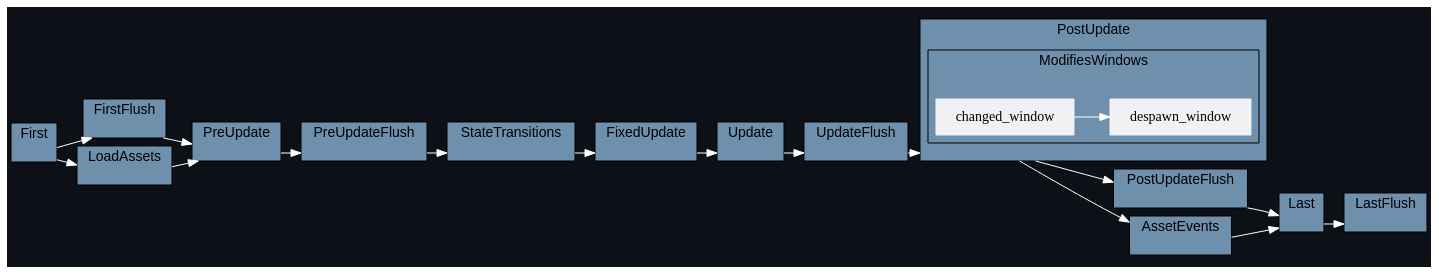
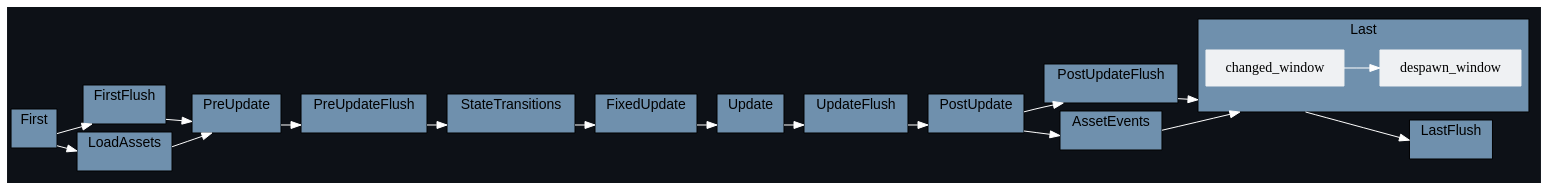
One commit to jakobhellermann/bevy_mod_debugdump changed the diagram in docs/by-crate/dark/schedule_Main_bevy_winit.dot. Above: the diagram before and after it, drawn with Graphviz. The commit also changed 35 other files, not shown here.

```diff
--- a/docs/by-crate/dark/schedule_Main_bevy_winit.dot
+++ b/docs/by-crate/dark/schedule_Main_bevy_winit.dot
@@ -1,117 +1,111 @@
 digraph "schedule" {
 	"compound"="true";
 	"splines"="spline";
 	"rankdir"="LR";
 	"bgcolor"="#0d1117";
 	"fontname"="Helvetica";
 	node ["shape"="box", "style"="filled", "fillcolor"="#eff1f3", "color"="#eff1f3"];
 	edge ["color"="white"];
 	subgraph "clusternode_Set(0)" {
 		"label"="Update";
 		"bgcolor"="#6f90ad";
 		"set_marker_node_Set(0)" ["style"="invis", "label"="", "height"="0", "shape"="point"]
 	}
 	
 	subgraph "clusternode_Set(2)" {
 		"label"="FirstFlush";
 		"bgcolor"="#6f90ad";
 		"set_marker_node_Set(2)" ["style"="invis", "label"="", "height"="0", "shape"="point"]
 	}
 	
 	subgraph "clusternode_Set(3)" {
 		"label"="PreUpdateFlush";
 		"bgcolor"="#6f90ad";
 		"set_marker_node_Set(3)" ["style"="invis", "label"="", "height"="0", "shape"="point"]
 	}
 	
 	subgraph "clusternode_Set(4)" {
 		"label"="UpdateFlush";
 		"bgcolor"="#6f90ad";
 		"set_marker_node_Set(4)" ["style"="invis", "label"="", "height"="0", "shape"="point"]
 	}
 	
 	subgraph "clusternode_Set(5)" {
 		"label"="PostUpdateFlush";
 		"bgcolor"="#6f90ad";
 		"set_marker_node_Set(5)" ["style"="invis", "label"="", "height"="0", "shape"="point"]
 	}
 	
 	subgraph "clusternode_Set(6)" {
 		"label"="LastFlush";
 		"bgcolor"="#6f90ad";
 		"set_marker_node_Set(6)" ["style"="invis", "label"="", "height"="0", "shape"="point"]
 	}
 	
 	subgraph "clusternode_Set(7)" {
 		"label"="First";
 		"bgcolor"="#6f90ad";
 		"set_marker_node_Set(7)" ["style"="invis", "label"="", "height"="0", "shape"="point"]
 	}
 	
 	subgraph "clusternode_Set(8)" {
 		"label"="PreUpdate";
 		"bgcolor"="#6f90ad";
 		"set_marker_node_Set(8)" ["style"="invis", "label"="", "height"="0", "shape"="point"]
 	}
 	
 	subgraph "clusternode_Set(9)" {
 		"label"="StateTransitions";
 		"bgcolor"="#6f90ad";
 		"set_marker_node_Set(9)" ["style"="invis", "label"="", "height"="0", "shape"="point"]
 	}
 	
 	subgraph "clusternode_Set(10)" {
 		"label"="FixedUpdate";
 		"bgcolor"="#6f90ad";
 		"set_marker_node_Set(10)" ["style"="invis", "label"="", "height"="0", "shape"="point"]
 	}
 	
 	subgraph "clusternode_Set(11)" {
 		"label"="PostUpdate";
 		"bgcolor"="#6f90ad";
 		"set_marker_node_Set(11)" ["style"="invis", "label"="", "height"="0", "shape"="point"]
-		subgraph "clusternode_Set(70)" {
-			"label"="ModifiesWindows";
-			"bgcolor"="#6f90ad";
-			"set_marker_node_Set(70)" ["style"="invis", "label"="", "height"="0", "shape"="point"]
-			"node_System(57)" ["label"="changed_window"]
-			"node_System(58)" ["label"="despawn_window"]
-		}
-		
 	}
 	
 	subgraph "clusternode_Set(12)" {
 		"label"="Last";
 		"bgcolor"="#6f90ad";
 		"set_marker_node_Set(12)" ["style"="invis", "label"="", "height"="0", "shape"="point"]
+		"node_System(57)" ["label"="changed_window"]
+		"node_System(58)" ["label"="despawn_window"]
 	}
 	
 	subgraph "clusternode_Set(58)" {
 		"label"="LoadAssets";
 		"bgcolor"="#6f90ad";
 		"set_marker_node_Set(58)" ["style"="invis", "label"="", "height"="0", "shape"="point"]
 	}
 	
 	subgraph "clusternode_Set(59)" {
 		"label"="AssetEvents";
 		"bgcolor"="#6f90ad";
 		"set_marker_node_Set(59)" ["style"="invis", "label"="", "height"="0", "shape"="point"]
 	}
 	
 	"set_marker_node_Set(7)" -> "set_marker_node_Set(2)" ["lhead"="clusternode_Set(2)", "ltail"="clusternode_Set(7)"]
 	"set_marker_node_Set(2)" -> "set_marker_node_Set(8)" ["lhead"="clusternode_Set(8)", "ltail"="clusternode_Set(2)"]
 	"set_marker_node_Set(8)" -> "set_marker_node_Set(3)" ["lhead"="clusternode_Set(3)", "ltail"="clusternode_Set(8)"]
 	"set_marker_node_Set(3)" -> "set_marker_node_Set(9)" ["lhead"="clusternode_Set(9)", "ltail"="clusternode_Set(3)"]
 	"set_marker_node_Set(9)" -> "set_marker_node_Set(10)" ["lhead"="clusternode_Set(10)", "ltail"="clusternode_Set(9)"]
 	"set_marker_node_Set(10)" -> "set_marker_node_Set(0)" ["lhead"="clusternode_Set(0)", "ltail"="clusternode_Set(10)"]
 	"set_marker_node_Set(0)" -> "set_marker_node_Set(4)" ["lhead"="clusternode_Set(4)", "ltail"="clusternode_Set(0)"]
 	"set_marker_node_Set(4)" -> "set_marker_node_Set(11)" ["lhead"="clusternode_Set(11)", "ltail"="clusternode_Set(4)"]
 	"set_marker_node_Set(11)" -> "set_marker_node_Set(5)" ["lhead"="clusternode_Set(5)", "ltail"="clusternode_Set(11)"]
 	"set_marker_node_Set(5)" -> "set_marker_node_Set(12)" ["lhead"="clusternode_Set(12)", "ltail"="clusternode_Set(5)"]
 	"set_marker_node_Set(12)" -> "set_marker_node_Set(6)" ["lhead"="clusternode_Set(6)", "ltail"="clusternode_Set(12)"]
 	"set_marker_node_Set(58)" -> "set_marker_node_Set(8)" ["lhead"="clusternode_Set(8)", "ltail"="clusternode_Set(58)"]
 	"set_marker_node_Set(7)" -> "set_marker_node_Set(58)" ["lhead"="clusternode_Set(58)", "ltail"="clusternode_Set(7)"]
 	"set_marker_node_Set(11)" -> "set_marker_node_Set(59)" ["lhead"="clusternode_Set(59)", "ltail"="clusternode_Set(11)"]
 	"set_marker_node_Set(59)" -> "set_marker_node_Set(12)" ["lhead"="clusternode_Set(12)", "ltail"="clusternode_Set(59)"]
 	"node_System(57)" -> "node_System(58)" ["lhead"="", "ltail"=""]
 }
```
